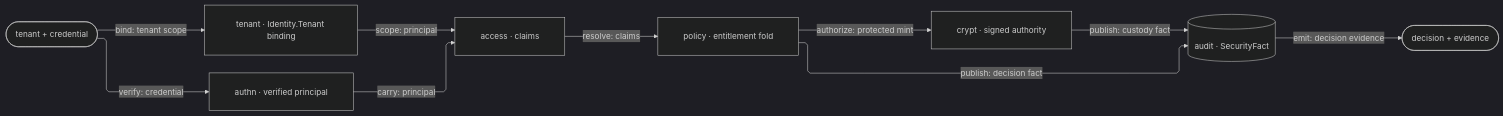
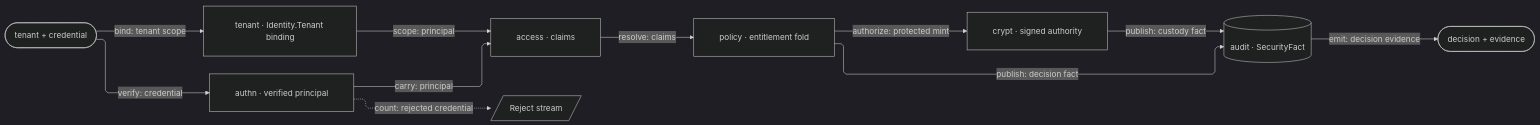
One commit to bsamiee/Rasm changed the third of 3 diagrams in libs/typescript/security/ARCHITECTURE.md. Above: the diagram before and after it, drawn with Mermaid (dark theme). The commit also changed other lines of this file and 115 other files, not shown here.

````diff
--- a/libs/typescript/security/ARCHITECTURE.md
+++ b/libs/typescript/security/ARCHITECTURE.md
@@ -122,29 +127,31 @@
 ```mermaid
 ---
 config:
   layout: elk
   flowchart:
     curve: linear
     padding: 25
 ---
 flowchart LR
     accTitle: Security authority spine
     accDescr: Tenant scope and authentication produce access claims; policy drives cryptographic authority and audit evidence.
     Request([tenant + credential])
     Tenant[tenant · Identity.Tenant binding]
     Authn[authn · verified principal]
     Access[access · claims]
     Policy[policy · entitlement fold]
     Crypto[crypt · signed authority]
     Audit[(audit · SecurityFact)]
     Decision([decision + evidence])
+    Reject[/Reject stream/]
     Request e1@-->|"bind: tenant scope"| Tenant
     Request e2@-->|"verify: credential"| Authn
+    Authn f1@-.->|"count: rejected credential"| Reject
     Tenant e3@-->|"scope: principal"| Access
     Authn e4@-->|"carry: principal"| Access
     Access e5@-->|"resolve: claims"| Policy
     Policy e6@-->|"authorize: protected mint"| Crypto
     Policy e7@-->|"publish: decision fact"| Audit
     Crypto e8@-->|"publish: custody fact"| Audit
     Audit e9@-->|"emit: decision evidence"| Decision
 ```
````
